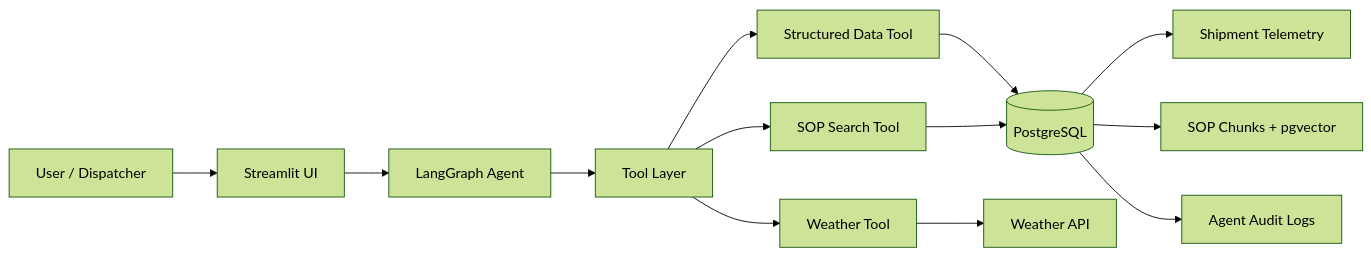
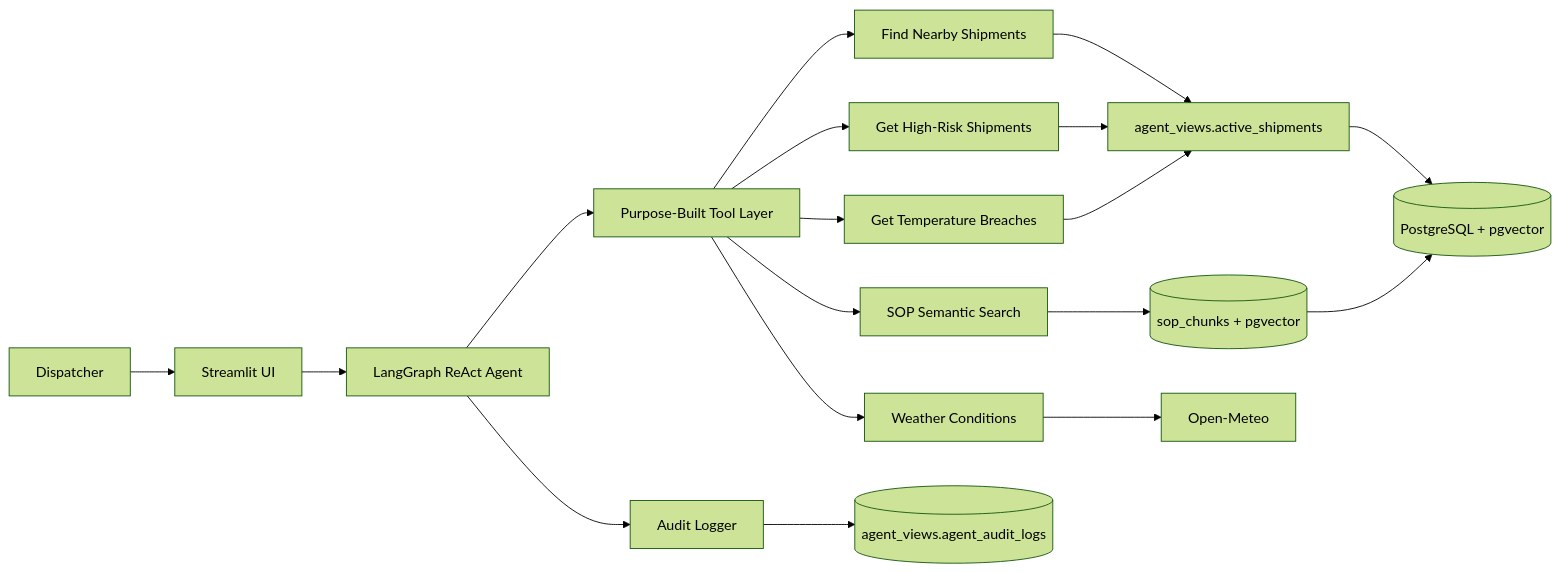
Before and after one commit to goravjhabakh/cold-chain-logistics: the first of 6 diagrams in docs/architecture.md, drawn with Mermaid (forest theme). The commit also changed other lines of this file and 2 other files, not shown here.

````diff
--- a/docs/architecture.md
+++ b/docs/architecture.md
@@ -25,19 +21,26 @@
 ```mermaid
 flowchart LR
-    U[User / Dispatcher] --> UI[Streamlit UI]
-    UI --> A[LangGraph Agent]
+    U[Dispatcher] --> UI[Streamlit UI]
+    UI --> A[LangGraph ReAct Agent]
 
-    A --> T[Tool Layer]
+    A --> T[Purpose-Built Tool Layer]
 
-    T --> ST[Structured Data Tool]
-    T --> SOP[SOP Search Tool]
-    T --> W[Weather Tool]
+    T --> N[Find Nearby Shipments]
+    T --> H[Get High-Risk Shipments]
+    T --> B[Get Temperature Breaches]
+    T --> S[SOP Semantic Search]
+    T --> W[Weather Conditions]
 
-    ST --> PG[(PostgreSQL)]
+    N --> V[agent_views.active_shipments]
+    H --> V
+    B --> V
+
+    S --> SOP[(sop_chunks + pgvector)]
+    W --> API[Open-Meteo]
+
+    V --> PG[(PostgreSQL + pgvector)]
     SOP --> PG
-    W --> API[Weather API]
 
-    PG --> RAW[Shipment Telemetry]
-    PG --> VEC[SOP Chunks + pgvector]
-    PG --> AUDIT[Agent Audit Logs]
+    A --> AUDIT[Audit Logger]
+    AUDIT --> LOG[(agent_views.agent_audit_logs)]
 ```
````
